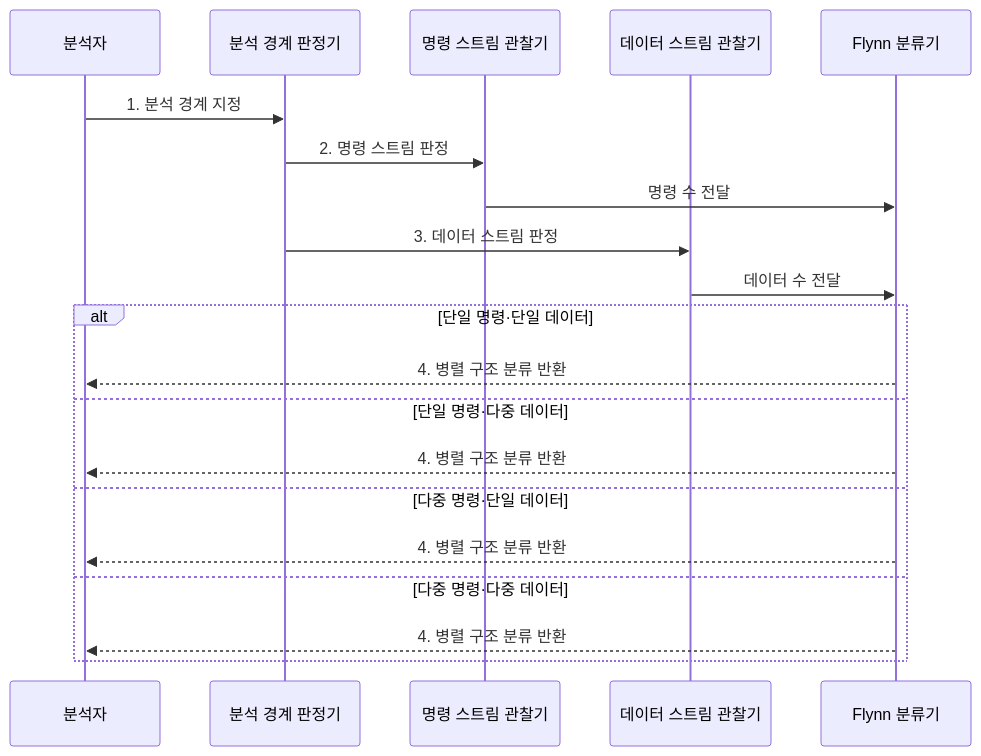
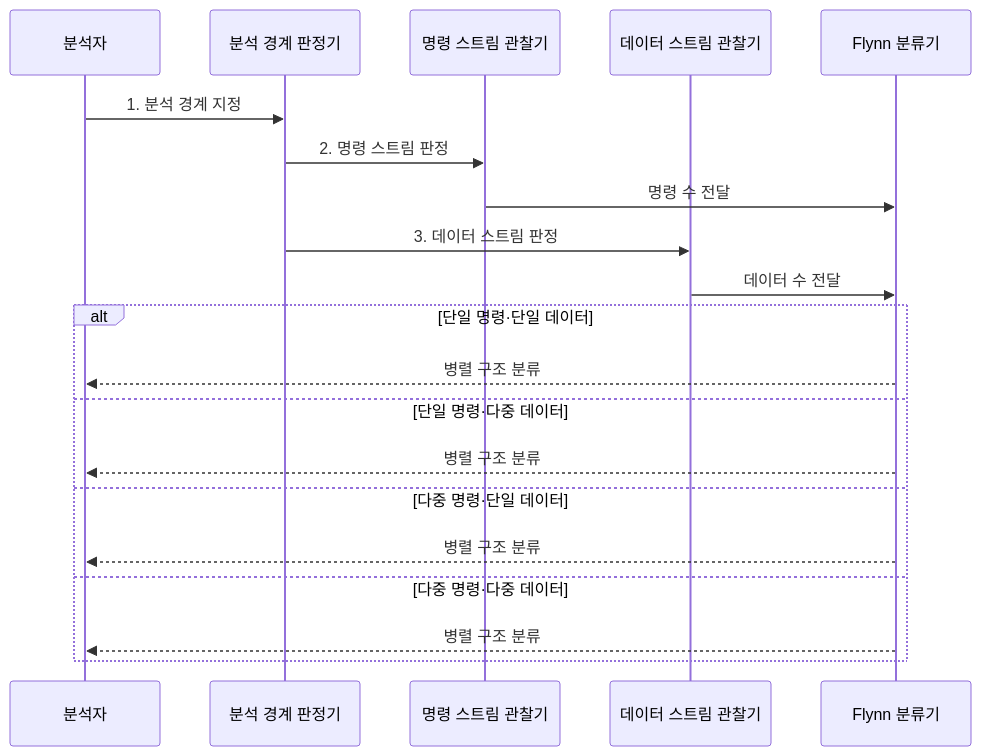
The second of 2 diagrams in src/content/docs/notes/02-hardware/052_flynns_taxonomy.md (agnusdei1207/knowledge-base), drawn with Mermaid before and after one commit. The commit also changed other lines of this file and 20 other files, not shown here.

````diff
--- a/src/content/docs/notes/02-hardware/052_flynns_taxonomy.md
+++ b/src/content/docs/notes/02-hardware/052_flynns_taxonomy.md
@@ -85,23 +85,23 @@
 ```mermaid
 sequenceDiagram
     participant A as 분석자
     participant B as 분석 경계 판정기
     participant I as 명령 스트림 관찰기
     participant D as 데이터 스트림 관찰기
     participant F as Flynn 분류기
 
     A->>B: 1. 분석 경계 지정
     B->>I: 2. 명령 스트림 판정
     I->>F: 명령 수 전달
     B->>D: 3. 데이터 스트림 판정
     D->>F: 데이터 수 전달
     alt 단일 명령·단일 데이터
-        F-->>A: 4. 병렬 구조 분류 반환
+        F-->>A: 병렬 구조 분류
     else 단일 명령·다중 데이터
-        F-->>A: 4. 병렬 구조 분류 반환
+        F-->>A: 병렬 구조 분류
     else 다중 명령·단일 데이터
-        F-->>A: 4. 병렬 구조 분류 반환
+        F-->>A: 병렬 구조 분류
     else 다중 명령·다중 데이터
-        F-->>A: 4. 병렬 구조 분류 반환
+        F-->>A: 병렬 구조 분류
     end
 ```
````
